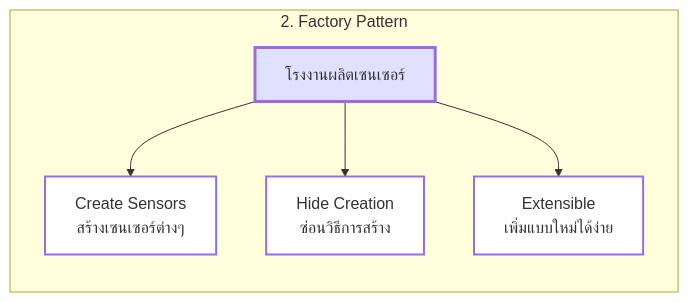
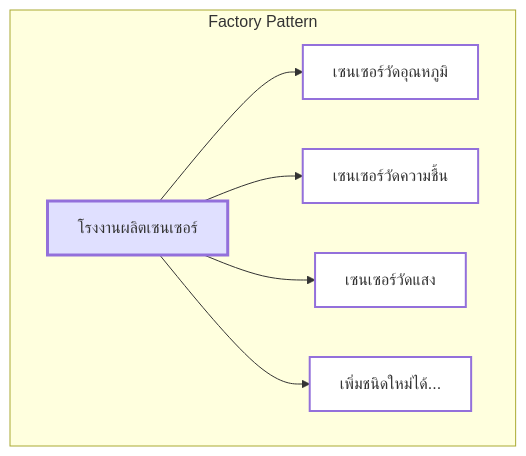
Diagram 22 of 30 in Week07-ESP-Components.md (thepthut/Lab-07-ESP32-Components), drawn with Mermaid before and after one commit. The commit also changed other lines of this file, not shown here.

Commit message:
Enhance Week 07 documentation by adding detailed explanations and flowcharts for common Component design patterns, including Singleton, Factory, Observer, and Strategy patterns.

````diff
--- a/Week07-ESP-Components.md
+++ b/Week07-ESP-Components.md
@@ -738,17 +741,14 @@
 ```mermaid
-graph TB
-    subgraph "2. Factory Pattern"
-        direction TB
-        B["โรงงานผลิตเซนเซอร์"] --> B1["Create Sensors
-        สร้างเซนเซอร์ต่างๆ"]
-        B --> B2["Hide Creation
-        ซ่อนวิธีการสร้าง"]
-        B --> B3["Extensible
-        เพิ่มแบบใหม่ได้ง่าย"]
-        
-        style B fill:#E0E0FF,stroke-width:3px
-        style B1 fill:#fff,stroke-width:2px
-        style B2 fill:#fff,stroke-width:2px
-        style B3 fill:#fff,stroke-width:2px
+flowchart TD
+    subgraph Factory[Factory Pattern]
+        F[โรงงานผลิตเซนเซอร์] --> S1[เซนเซอร์วัดอุณหภูมิ]
+        F --> S2[เซนเซอร์วัดความชื้น]
+        F --> S3[เซนเซอร์วัดแสง]
+        F --> S4[เพิ่มชนิดใหม่ได้...]
     end
+    style F fill:#E0E0FF,stroke-width:3px
+    style S1 fill:#fff,stroke-width:2px
+    style S2 fill:#fff,stroke-width:2px
+    style S3 fill:#fff,stroke-width:2px
+    style S4 fill:#fff,stroke-width:2px
 ```
````
